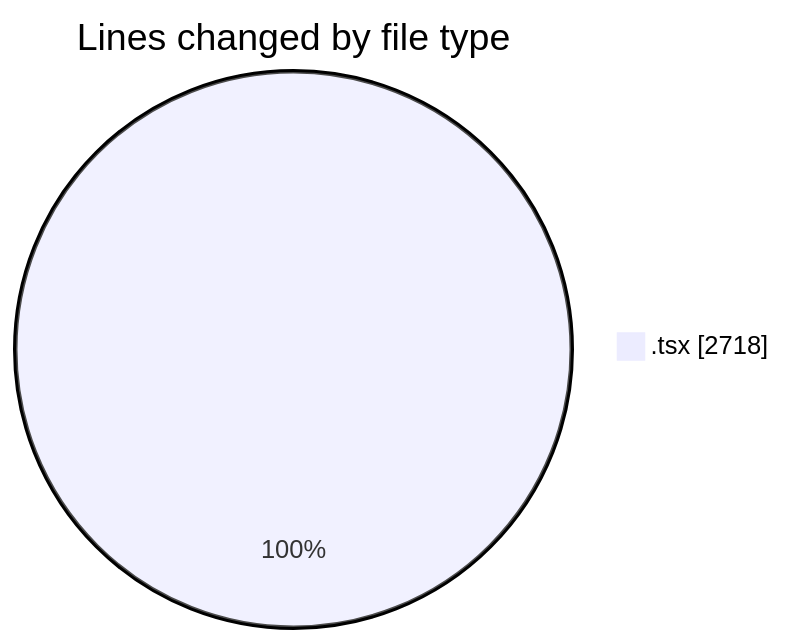
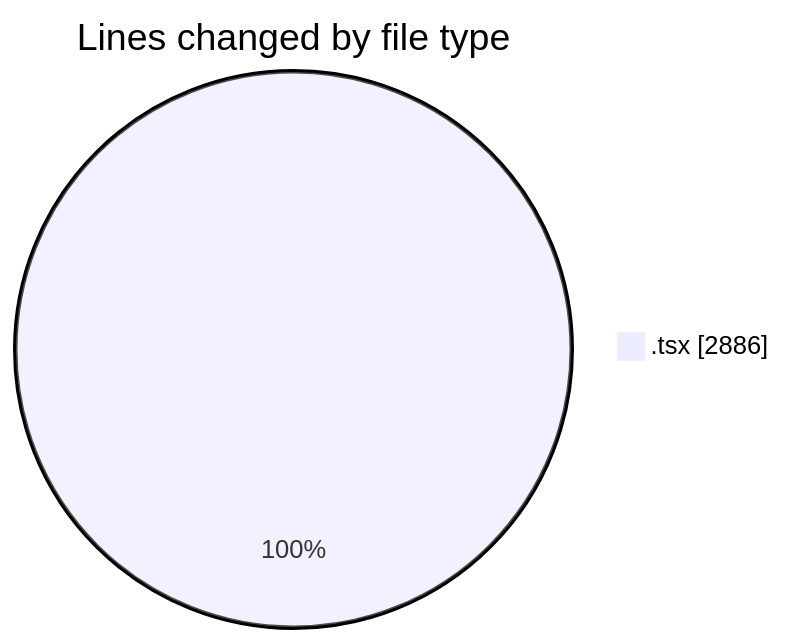
Before and after one commit to nxtqubesakshisongat/code-tracking: the first of 2 diagrams in 2026-06-25/nxtqube_webapp/README.md, drawn with Mermaid. The commit also changed other lines of this file and 1 other file, not shown here.

````diff
--- a/2026-06-25/nxtqube_webapp/README.md
+++ b/2026-06-25/nxtqube_webapp/README.md
@@ -21,5 +21,5 @@
 ```mermaid
 pie showData
 title Lines changed by file type
-".tsx" : 2718
+".tsx" : 2886
 ```
````
